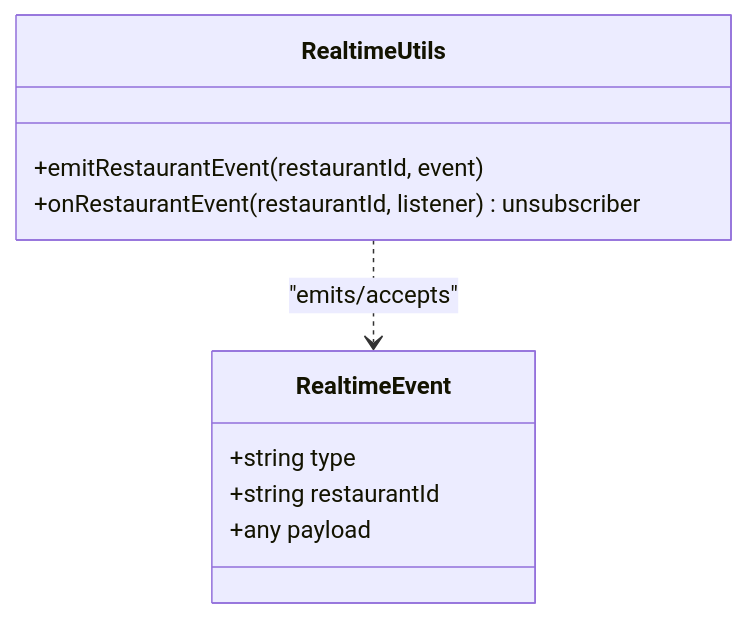
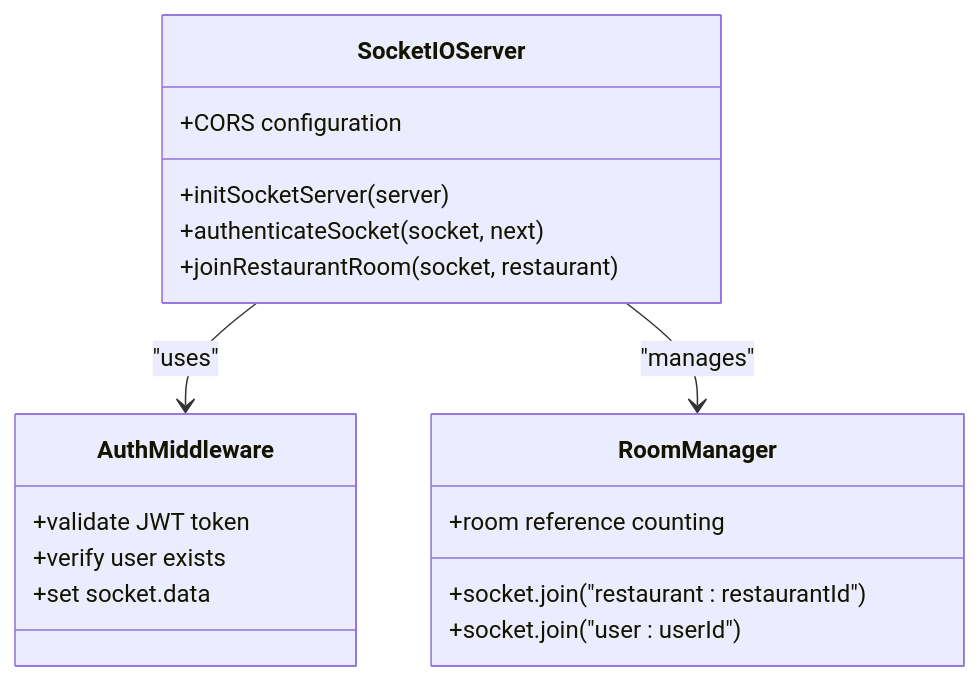
The third of 6 diagrams in .qoder/repowiki/en/content/Backend System/Utility Libraries/Real-time Communication.md (Dequeue-Tech/DeQ-Bite), drawn with Mermaid before and after one commit. The commit also changed other lines of this file and 25 other files, not shown here.

````diff
--- a/.qoder/repowiki/en/content/Backend System/Utility Libraries/Real-time Communication.md
+++ b/.qoder/repowiki/en/content/Backend System/Utility Libraries/Real-time Communication.md
@@ -139,13 +176,21 @@
 ```mermaid
 classDiagram
-class RealtimeEvent {
-+string type
-+string restaurantId
-+any payload
+class SocketIOServer {
++initSocketServer(server)
++authenticateSocket(socket, next)
++joinRestaurantRoom(socket, restaurant)
++CORS configuration
 }
-class RealtimeUtils {
-+emitRestaurantEvent(restaurantId, event)
-+onRestaurantEvent(restaurantId, listener) unsubscriber
+class AuthMiddleware {
++validate JWT token
++verify user exists
++set socket.data
 }
-RealtimeUtils ..> RealtimeEvent : "emits/accepts"
+class RoomManager {
++socket.join("restaurant : restaurantId")
++socket.join("user : userId")
++room reference counting
+}
+SocketIOServer --> AuthMiddleware : "uses"
+SocketIOServer --> RoomManager : "manages"
 ```
````
